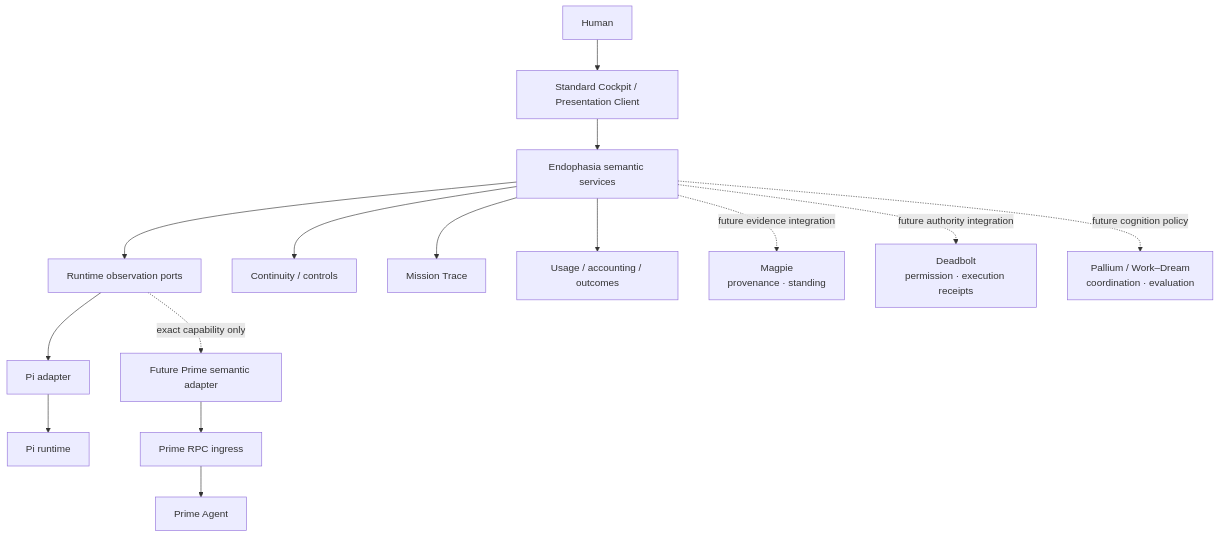
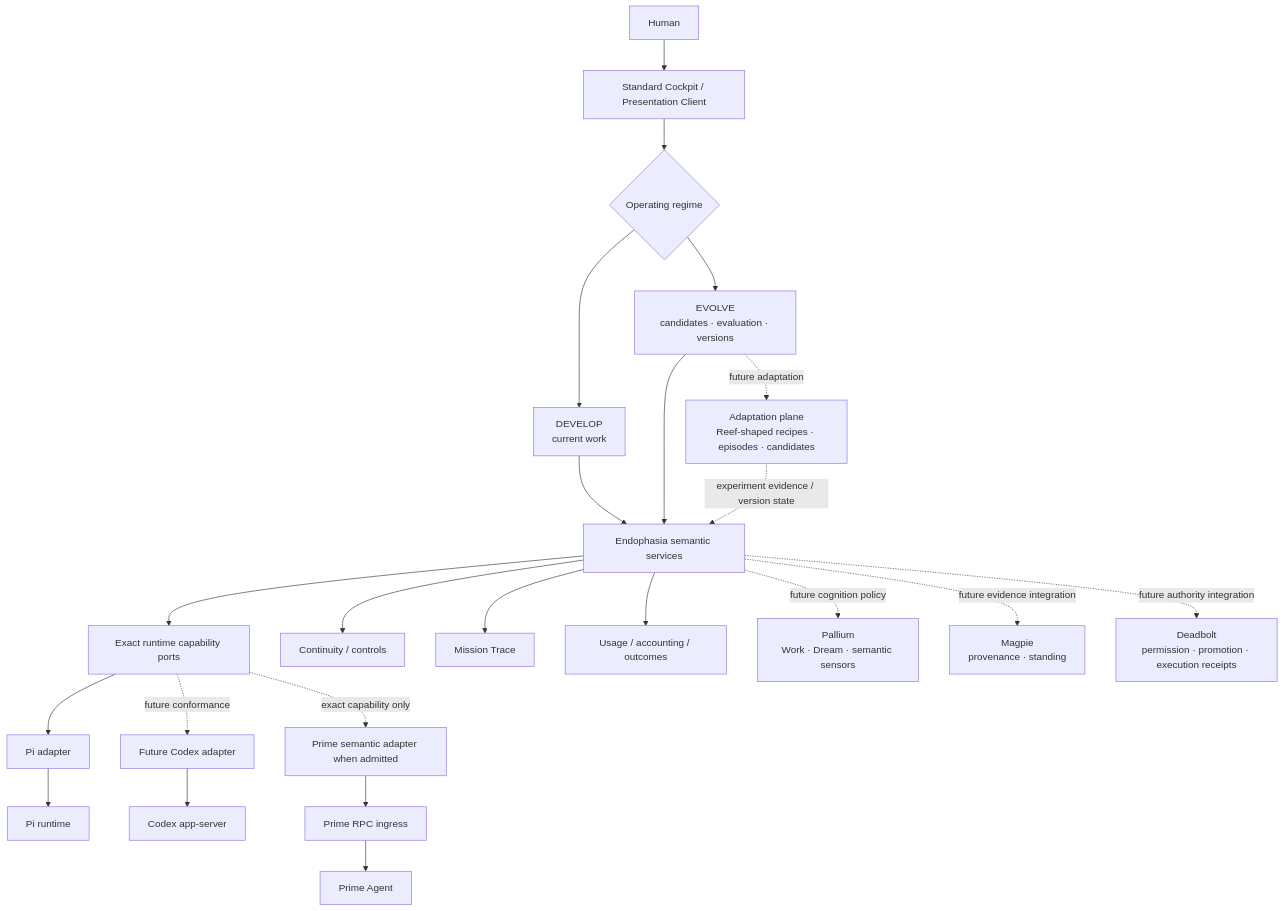
Before and after one commit to noctem-o/endophasia-pi-legacy-deprecated: the diagram in README.md, drawn with Mermaid. The commit also changed other lines of this file, not shown here.

Commit message:
docs: clarify develop and evolve operating regimes

````diff
--- a/README.md
+++ b/README.md
@@ -368,21 +492,32 @@
 ```mermaid
 flowchart TB
     H["Human"] --> UI["Standard Cockpit / Presentation Client"]
-    UI --> S["Endophasia semantic services"]
+    UI --> R{"Operating regime"}
+    R --> DEV["DEVELOP\ncurrent work"]
+    R --> EVO["EVOLVE\ncandidates · evaluation · versions"]
 
-    S --> OBS["Runtime observation ports"]
+    DEV --> S["Endophasia semantic services"]
+    EVO --> S
+
+    S --> OBS["Exact runtime capability ports"]
     OBS --> PA["Pi adapter"]
     PA --> PI["Pi runtime"]
 
-    OBS -. exact capability only .-> PRA["Future Prime semantic adapter"]
+    OBS -. future conformance .-> CA["Future Codex adapter"]
+    CA --> CODEX["Codex app-server"]
+
+    OBS -. exact capability only .-> PRA["Prime semantic adapter when admitted"]
     PRA --> PRI["Prime RPC ingress"]
     PRI --> PRIME["Prime Agent"]
+
+    EVO -. future adaptation .-> A["Adaptation plane\nReef-shaped recipes · episodes · candidates"]
+    A -. experiment evidence / version state .-> S
 
     S --> C["Continuity / controls"]
     S --> MT["Mission Trace"]
     S --> U["Usage / accounting / outcomes"]
 
+    S -. future cognition policy .-> P["Pallium\nWork · Dream · semantic sensors"]
     S -. future evidence integration .-> M["Magpie\nprovenance · standing"]
-    S -. future authority integration .-> D["Deadbolt\npermission · execution receipts"]
-    S -. future cognition policy .-> P["Pallium / Work–Dream\ncoordination · evaluation"]
+    S -. future authority integration .-> D["Deadbolt\npermission · promotion · execution receipts"]
 ```
````
